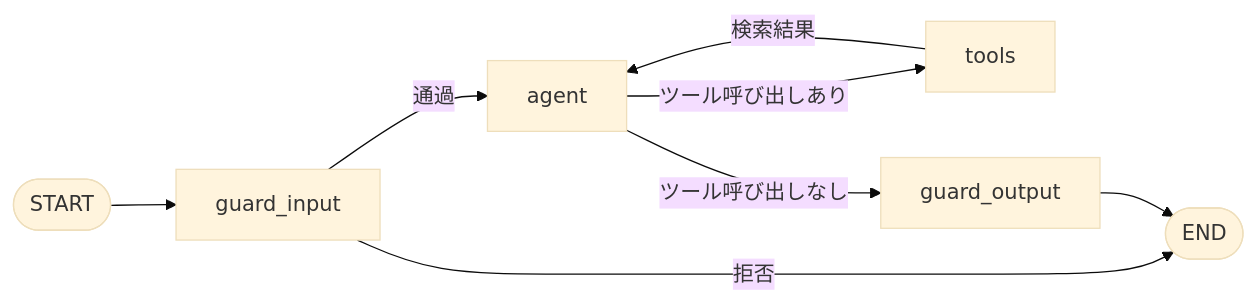
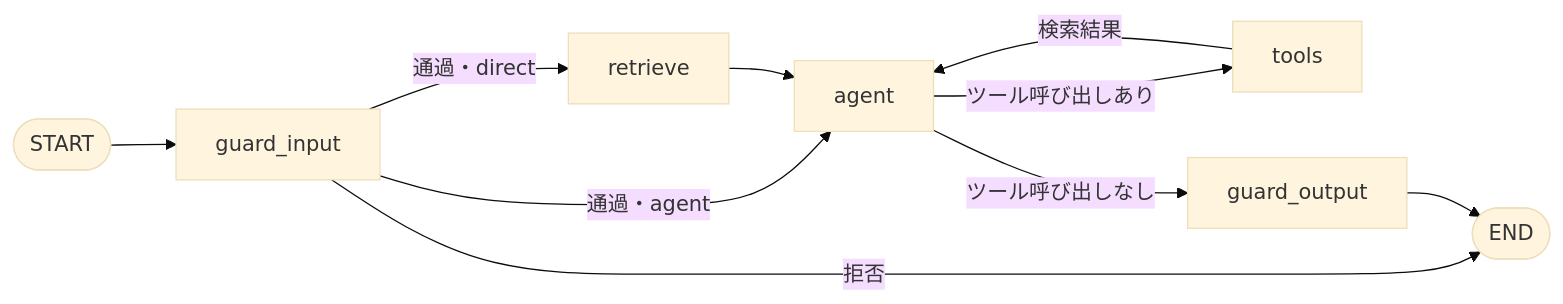
One commit to Starlight-Tree/DocuNavi changed the first of 4 diagrams in docs/architecture.md. Above: the diagram before and after it, drawn with Mermaid (base theme). The commit also changed other lines of this file and 3 other files, not shown here.

First line of the commit message:
docs(reference): sync API, features, configuration and architecture

````diff
--- a/docs/architecture.md
+++ b/docs/architecture.md
@@ -9,10 +9,12 @@
 ```mermaid
 flowchart LR
     start([START]) --> guard_input
     guard_input -->|拒否| finish([END])
-    guard_input -->|通過| agent
+    guard_input -->|通過・direct| retrieve
+    guard_input -->|通過・agent| agent
+    retrieve --> agent
     agent -->|ツール呼び出しあり| tools
     tools -->|検索結果| agent
     agent -->|ツール呼び出しなし| guard_output
     guard_output --> finish
 ```
````
